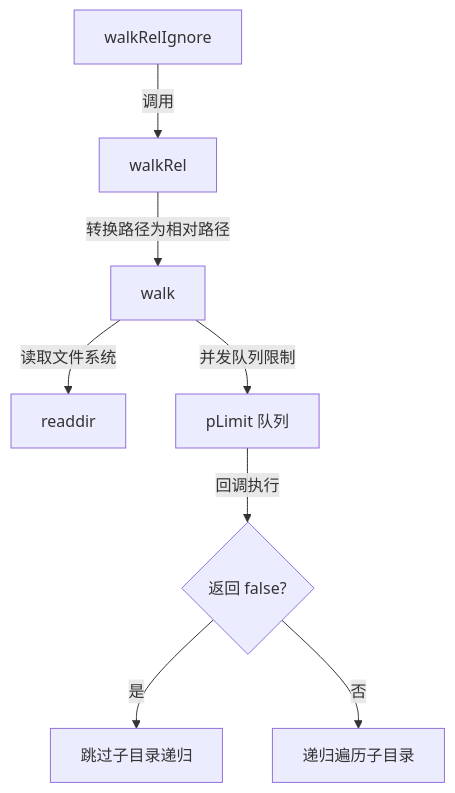
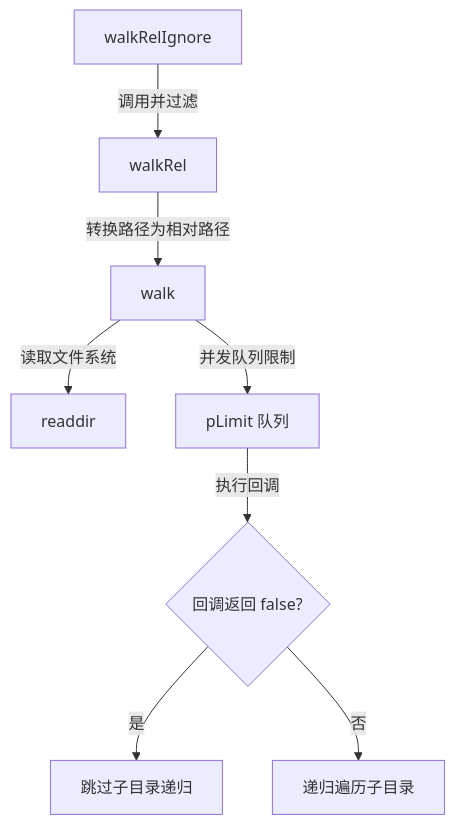
Before and after one commit to webc-site/npm: the diagram in walk/readme/zh/README.md, drawn with Mermaid. The commit also changed other lines of this file and 7 other files, not shown here.

````diff
--- a/walk/readme/zh/README.md
+++ b/walk/readme/zh/README.md
@@ -57,10 +65,10 @@
 ```mermaid
 graph TD
-    A[walkRelIgnore] -->|调用| B[walkRel]
+    A[walkRelIgnore] -->|调用并过滤| B[walkRel]
     B -->|转换路径为相对路径| C[walk]
     C -->|读取文件系统| D[readdir]
     C -->|并发队列限制| E[pLimit 队列]
-    E -->|回调执行| F{返回 false?}
+    E -->|执行回调| F{回调返回 false?}
     F -->|是| G[跳过子目录递归]
     F -->|否| H[递归遍历子目录]
 ```
````
